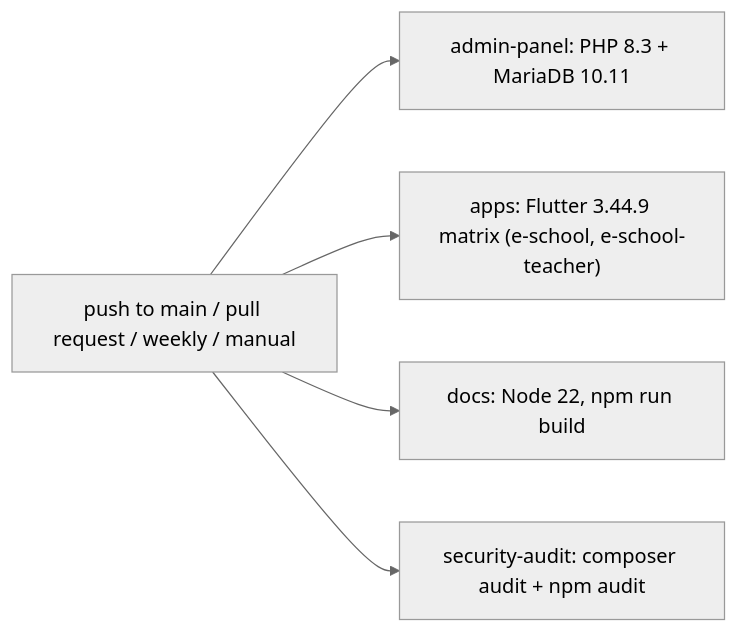
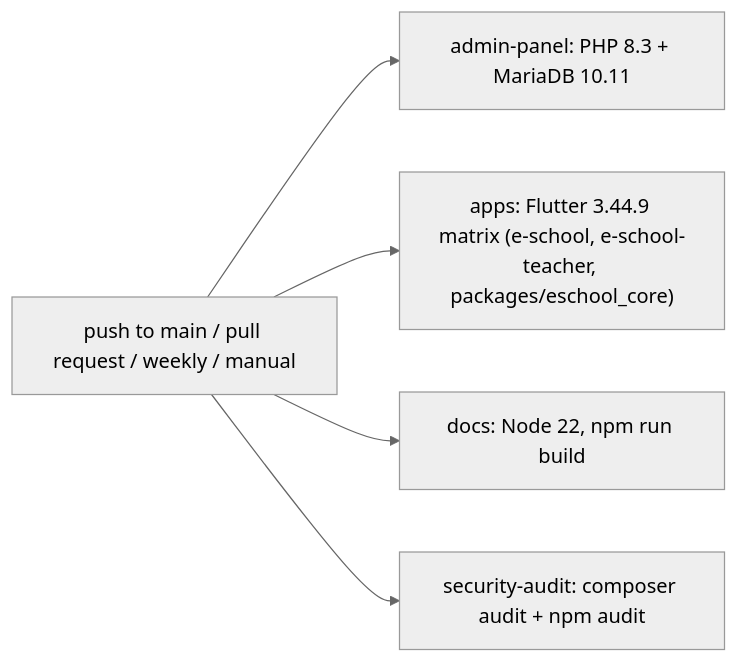
One commit to ShawnDaPrawn/Eschool changed the diagram in wiki/Testing-and-CI.md. Above: the diagram before and after it, drawn with Mermaid (neutral theme). The commit also changed other lines of this file and 133 other files, not shown here.

First line of the commit message:
Add eschool_core, a Dart package both Flutter apps depend on

````diff
--- a/wiki/Testing-and-CI.md
+++ b/wiki/Testing-and-CI.md
@@ -13,7 +13,7 @@
 ```mermaid
 flowchart LR
     T["push to main / pull request / weekly / manual"] --> A["admin-panel: PHP 8.3 + MariaDB 10.11"]
-    T --> B["apps: Flutter 3.44.9 matrix (e-school, e-school-teacher)"]
+    T --> B["apps: Flutter 3.44.9 matrix (e-school, e-school-teacher, packages/eschool_core)"]
     T --> C["docs: Node 22, npm run build"]
     T --> D["security-audit: composer audit + npm audit"]
 ```
````
